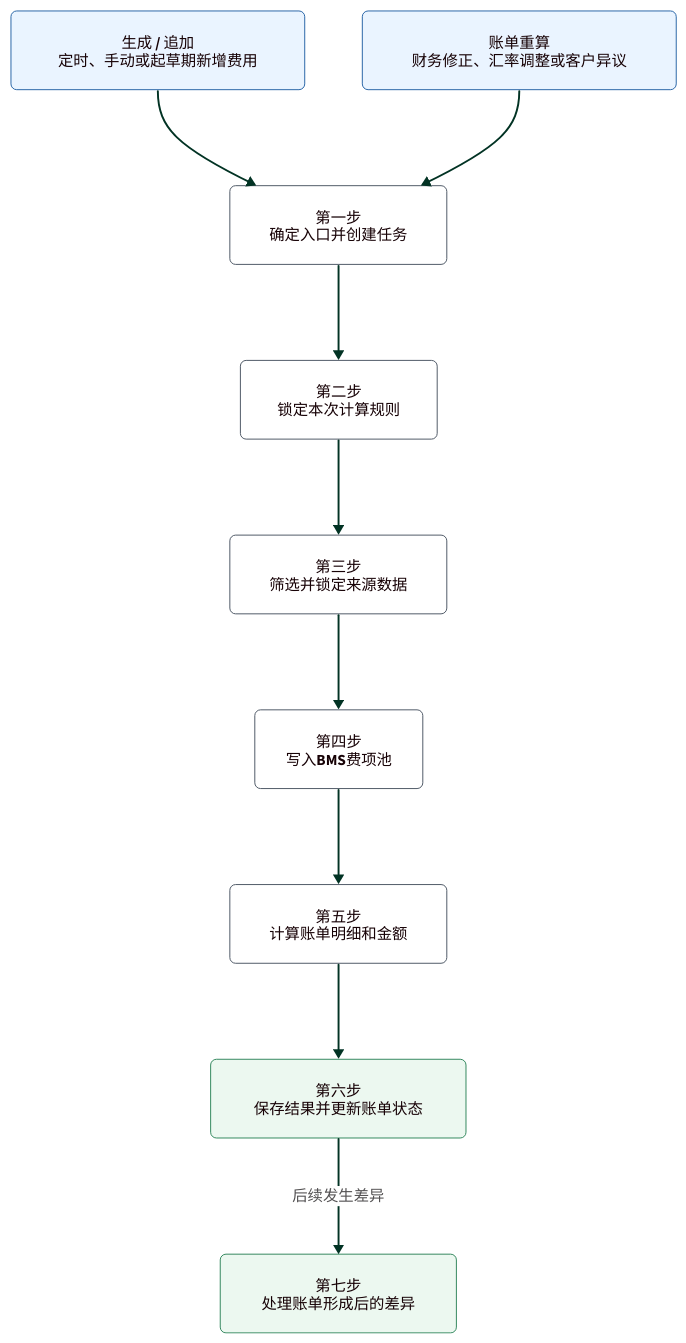
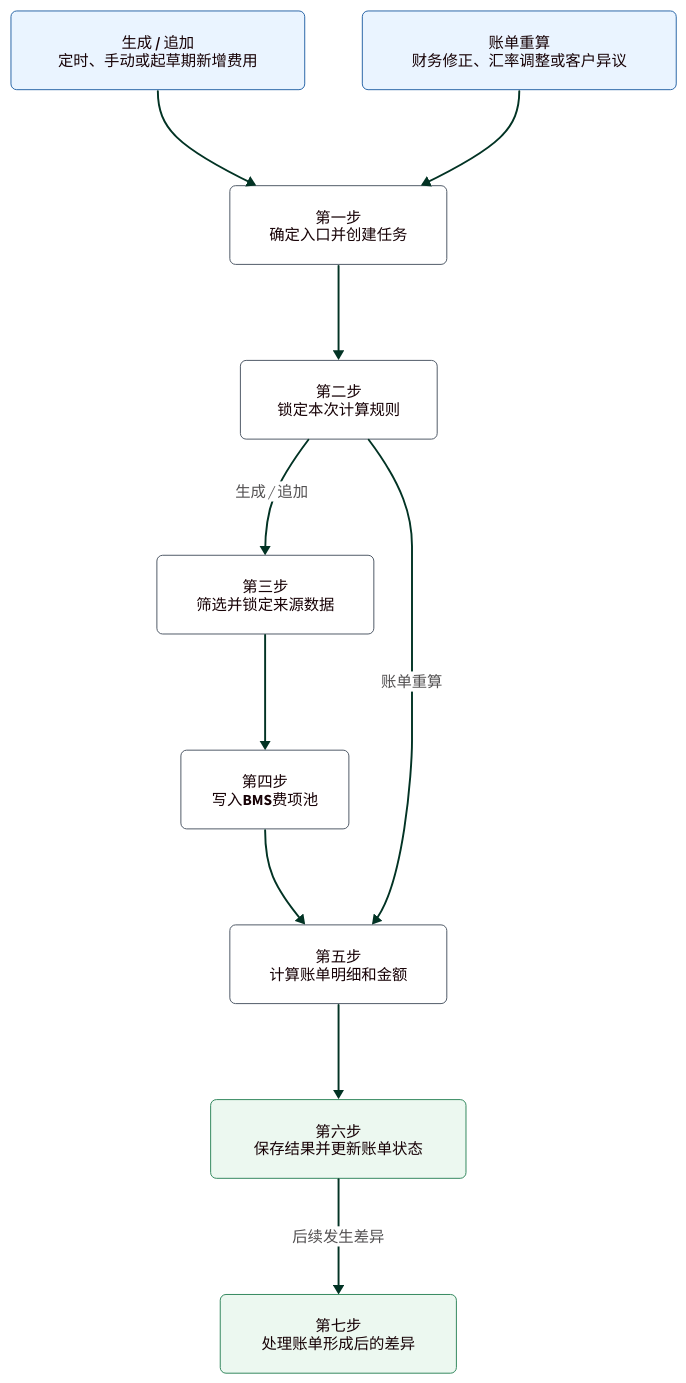
Before and after one commit to jack888332/projects-doc: the fourth of 17 diagrams in product-caliber/bms/prd/财务系统.PRD.md, drawn with D2. The commit also changed other lines of this file, not shown here.

````diff
--- a/product-caliber/bms/prd/财务系统.PRD.md
+++ b/product-caliber/bms/prd/财务系统.PRD.md
@@ -756,52 +846,56 @@
 ```d2
 vars: {
   d2-config: {
     layout-engine: elk
     theme-id: 104
   }
   d2-elk-config: {
     "elk.direction": "RIGHT"
     "elk.layered.spacing.nodeNodeBetweenLayers": 24
   }
 }
 
 classes: {
   step: {
     style.fill: "#FFFFFF"
     style.stroke: "#4B5563"
     style.stroke-width: 1
     style.border-radius: 6
     style.font-size: 16
   }
   entry: {
     style.fill: "#EAF4FF"
     style.stroke: "#2563A6"
     style.stroke-width: 1
     style.border-radius: 6
     style.font-size: 16
   }
   result: {
     style.fill: "#ECF8F0"
     style.stroke: "#2F855A"
     style.stroke-width: 1
     style.border-radius: 6
     style.font-size: 16
   }
 }
 
 generate: "生成 / 追加\n定时、手动或起草期新增费用" { class: entry }
 recalculate: "账单重算\n财务修正、汇率调整或客户异议" { class: entry }
 
 step1: "第一步\n确定入口并创建任务" { class: step }
 step2: "第二步\n锁定本次计算规则" { class: step }
 step3: "第三步\n筛选并锁定来源数据" { class: step }
 step4: "第四步\n写入BMS费项池" { class: step }
 step5: "第五步\n计算账单明细和金额" { class: step }
 step6: "第六步\n保存结果并更新账单状态" { class: result }
 step7: "第七步\n处理账单形成后的差异" { class: result }
 
 generate -> step1
 recalculate -> step1
-step1 -> step2 -> step3 -> step4 -> step5 -> step6
+step1 -> step2
+step2 -> step3: "生成 / 追加"
+step3 -> step4 -> step5
+step2 -> step5: "账单重算"
+step5 -> step6
 step6 -> step7: "后续发生差异"
 ```
````
